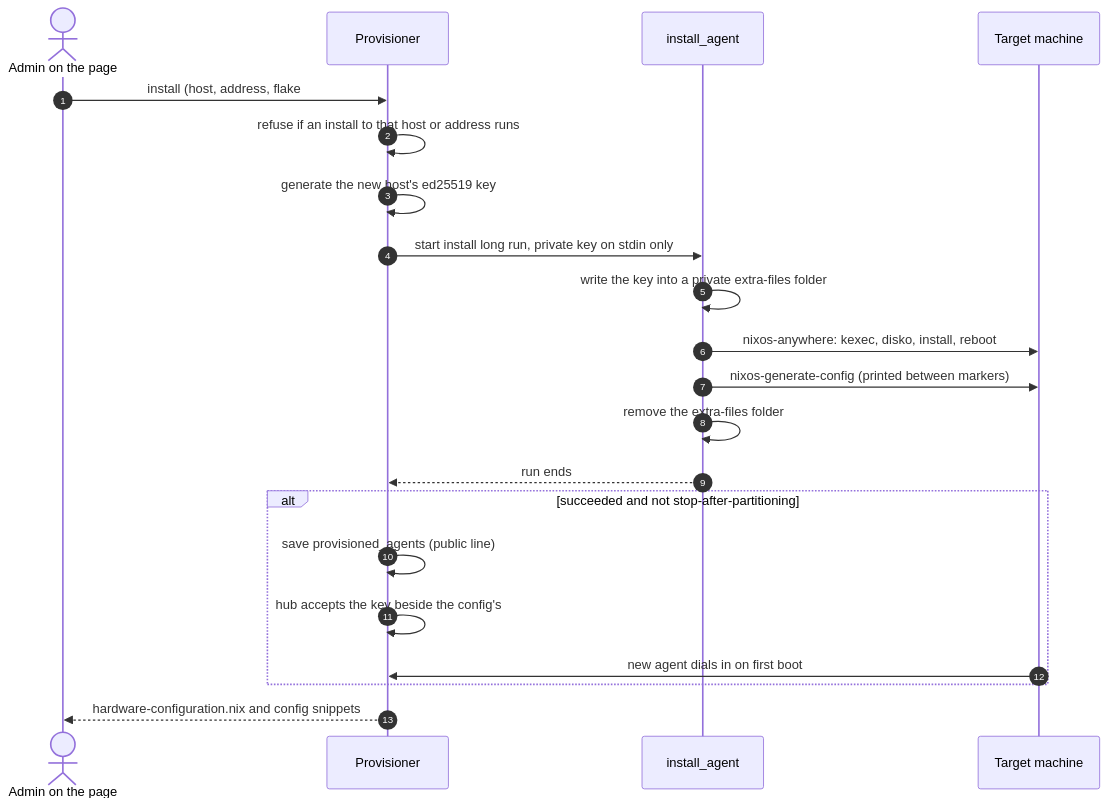
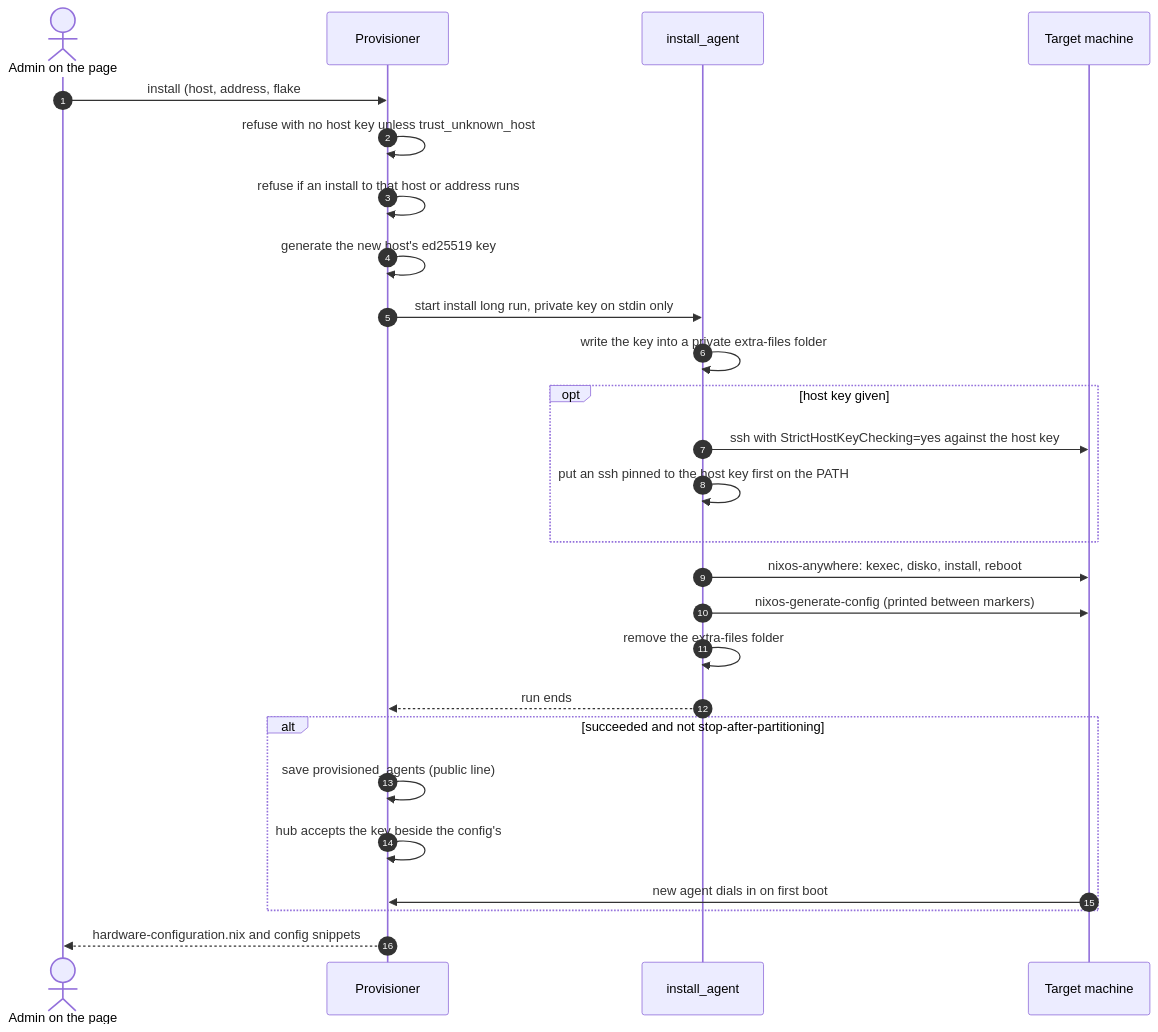
Diagram 19 of 20 in docs/developer/flows.md (x-tech-laboratories/X-Nix), drawn with Mermaid before and after one commit. The commit also changed 10 other files, not shown here.

First line of the commit message:
fix(provisioning): pin the target's host key on every connection of an install, and refuse an install without one

````diff
--- a/docs/developer/flows.md
+++ b/docs/developer/flows.md
@@ -485,24 +485,29 @@
 ```mermaid
 sequenceDiagram
     autonumber
     actor admin as Admin on the page
     participant server as Provisioner
     participant agent as install_agent
     participant target as Target machine
 
     admin->>server: install (host, address, flake#configuration), address typed to confirm
+    server->>server: refuse with no host key unless trust_unknown_host
     server->>server: refuse if an install to that host or address runs
     server->>server: generate the new host's ed25519 key
     server->>agent: start install long run, private key on stdin only
     agent->>agent: write the key into a private extra-files folder
+    opt host key given
+        agent->>target: ssh with StrictHostKeyChecking=yes against the host key
+        agent->>agent: put an ssh pinned to the host key first on the PATH
+    end
     agent->>target: nixos-anywhere: kexec, disko, install, reboot
     agent->>target: nixos-generate-config (printed between markers)
     agent->>agent: remove the extra-files folder
     agent-->>server: run ends
     alt succeeded and not stop-after-partitioning
         server->>server: save provisioned_agents (public line)
         server->>server: hub accepts the key beside the config's
         target->>server: new agent dials in on first boot
     end
     server-->>admin: hardware-configuration.nix and config snippets
 ```
````
